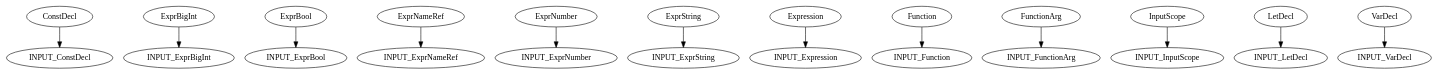
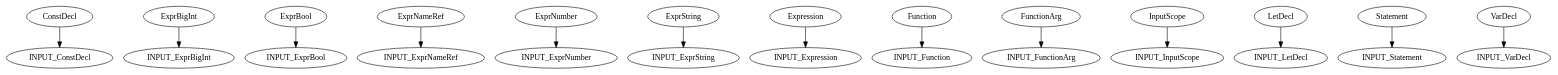
One commit to Stupremee/RSLint changed the diagram in crates/rslint_scope/rslint_scoping_ddlog/rslint_scoping.dot. Above: the diagram before and after it, drawn with Graphviz. The commit also changed 5 other files, not shown here.

```diff
--- a/crates/rslint_scope/rslint_scoping_ddlog/rslint_scoping.dot
+++ b/crates/rslint_scope/rslint_scoping_ddlog/rslint_scoping.dot
@@ -1,38 +1,41 @@
 digraph {
     0 [label=ConstDecl];
     1 [label=ExprBigInt];
     2 [label=ExprBool];
     3 [label=ExprNameRef];
     4 [label=ExprNumber];
     5 [label=ExprString];
     6 [label=Expression];
     7 [label=Function];
     8 [label=FunctionArg];
     9 [label=INPUT_ConstDecl];
     10 [label=INPUT_ExprBigInt];
     11 [label=INPUT_ExprBool];
     12 [label=INPUT_ExprNameRef];
     13 [label=INPUT_ExprNumber];
     14 [label=INPUT_ExprString];
     15 [label=INPUT_Expression];
     16 [label=INPUT_Function];
     17 [label=INPUT_FunctionArg];
     18 [label=INPUT_InputScope];
     19 [label=INPUT_LetDecl];
-    20 [label=INPUT_VarDecl];
-    21 [label=InputScope];
-    22 [label=LetDecl];
-    23 [label=VarDecl];
+    20 [label=INPUT_Statement];
+    21 [label=INPUT_VarDecl];
+    22 [label=InputScope];
+    23 [label=LetDecl];
+    24 [label=Statement];
+    25 [label=VarDecl];
     0 -> 9;
     1 -> 10;
     2 -> 11;
     3 -> 12;
     4 -> 13;
     5 -> 14;
     6 -> 15;
     7 -> 16;
     8 -> 17;
-    21 -> 18;
-    22 -> 19;
-    23 -> 20;
+    22 -> 18;
+    23 -> 19;
+    24 -> 20;
+    25 -> 21;
 }
```
